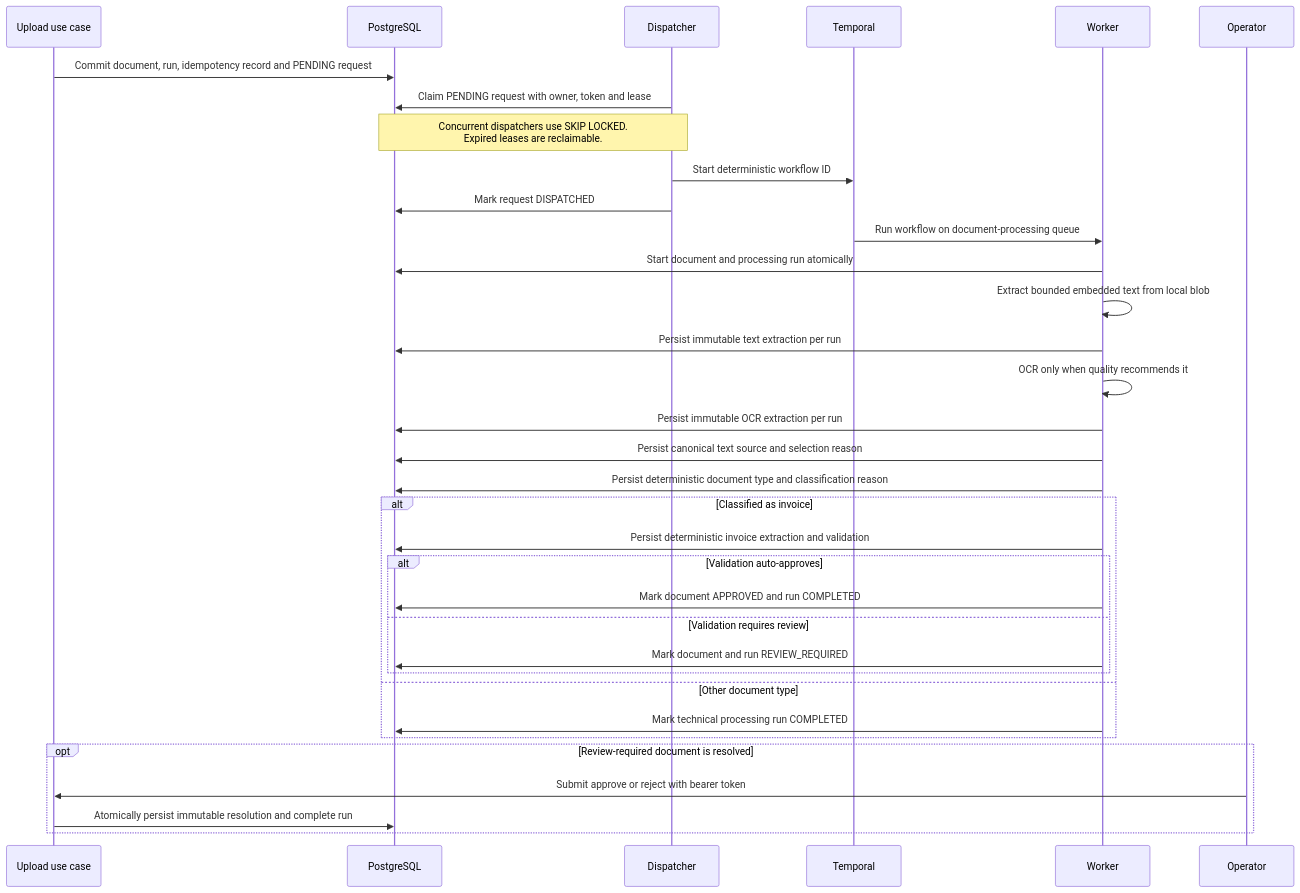
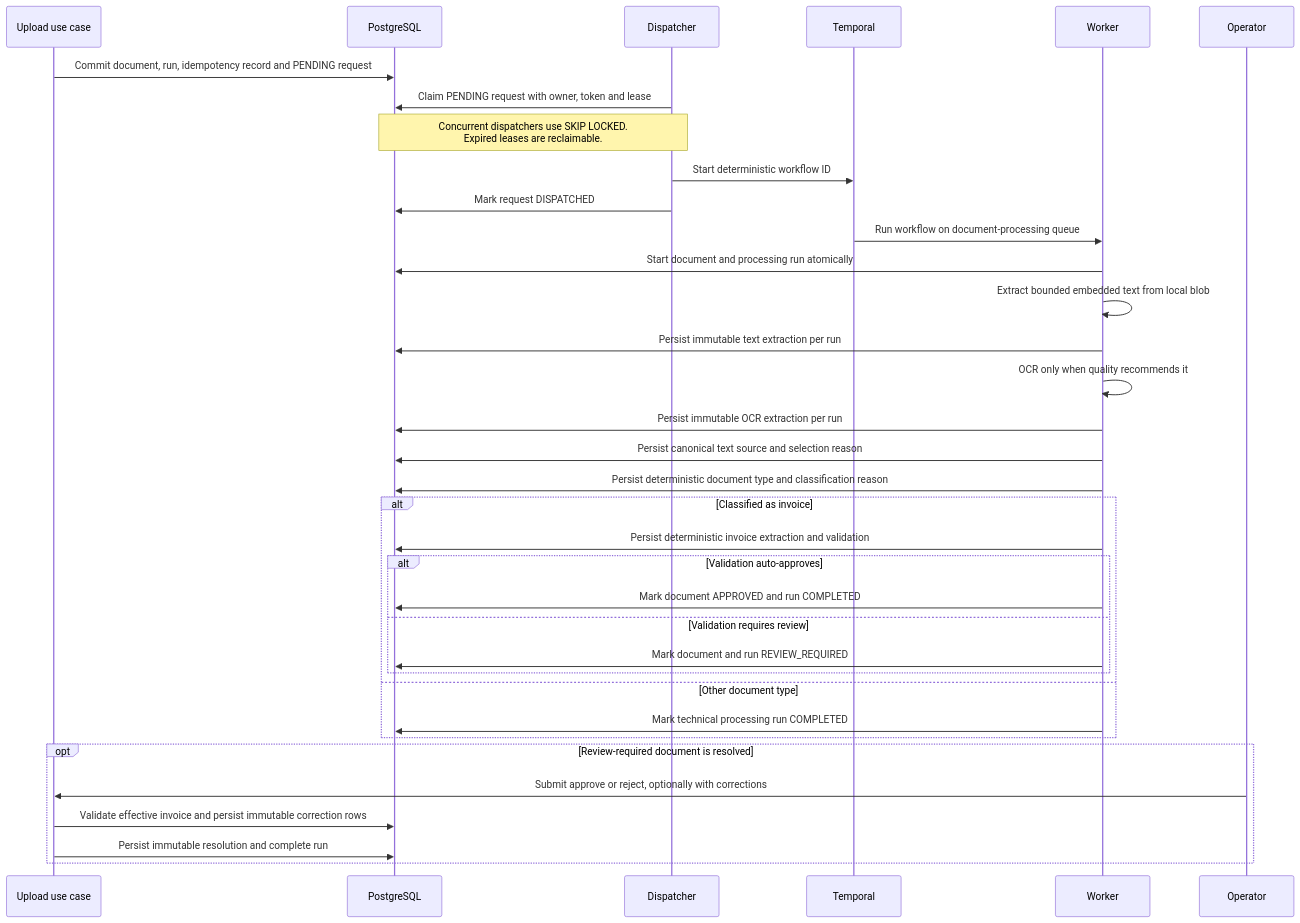
One commit to PietroRussoD/ai-document-processing-platform changed the third of 11 diagrams in docs/architecture.md. Above: the diagram before and after it, drawn with Mermaid. The commit also changed other lines of this file and 1 other file, not shown here.

````diff
--- a/docs/architecture.md
+++ b/docs/architecture.md
@@ -72,37 +75,38 @@
 ```mermaid
 sequenceDiagram
     participant API as Upload use case
     participant DB as PostgreSQL
     participant Dispatcher
     participant Temporal
     participant Worker
     participant Operator
 
     API->>DB: Commit document, run, idempotency record and PENDING request
     Dispatcher->>DB: Claim PENDING request with owner, token and lease
     Note over Dispatcher,DB: Concurrent dispatchers use SKIP LOCKED.<br/>Expired leases are reclaimable.
     Dispatcher->>Temporal: Start deterministic workflow ID
     Dispatcher->>DB: Mark request DISPATCHED
     Temporal->>Worker: Run workflow on document-processing queue
     Worker->>DB: Start document and processing run atomically
     Worker->>Worker: Extract bounded embedded text from local blob
     Worker->>DB: Persist immutable text extraction per run
     Worker->>Worker: OCR only when quality recommends it
     Worker->>DB: Persist immutable OCR extraction per run
     Worker->>DB: Persist canonical text source and selection reason
     Worker->>DB: Persist deterministic document type and classification reason
     alt Classified as invoice
         Worker->>DB: Persist deterministic invoice extraction and validation
         alt Validation auto-approves
             Worker->>DB: Mark document APPROVED and run COMPLETED
         else Validation requires review
             Worker->>DB: Mark document and run REVIEW_REQUIRED
         end
     else Other document type
         Worker->>DB: Mark technical processing run COMPLETED
     end
     opt Review-required document is resolved
-        Operator->>API: Submit approve or reject with bearer token
-        API->>DB: Atomically persist immutable resolution and complete run
+        Operator->>API: Submit approve or reject, optionally with corrections
+        API->>DB: Validate effective invoice and persist immutable correction rows
+        API->>DB: Persist immutable resolution and complete run
     end
 ```
````
